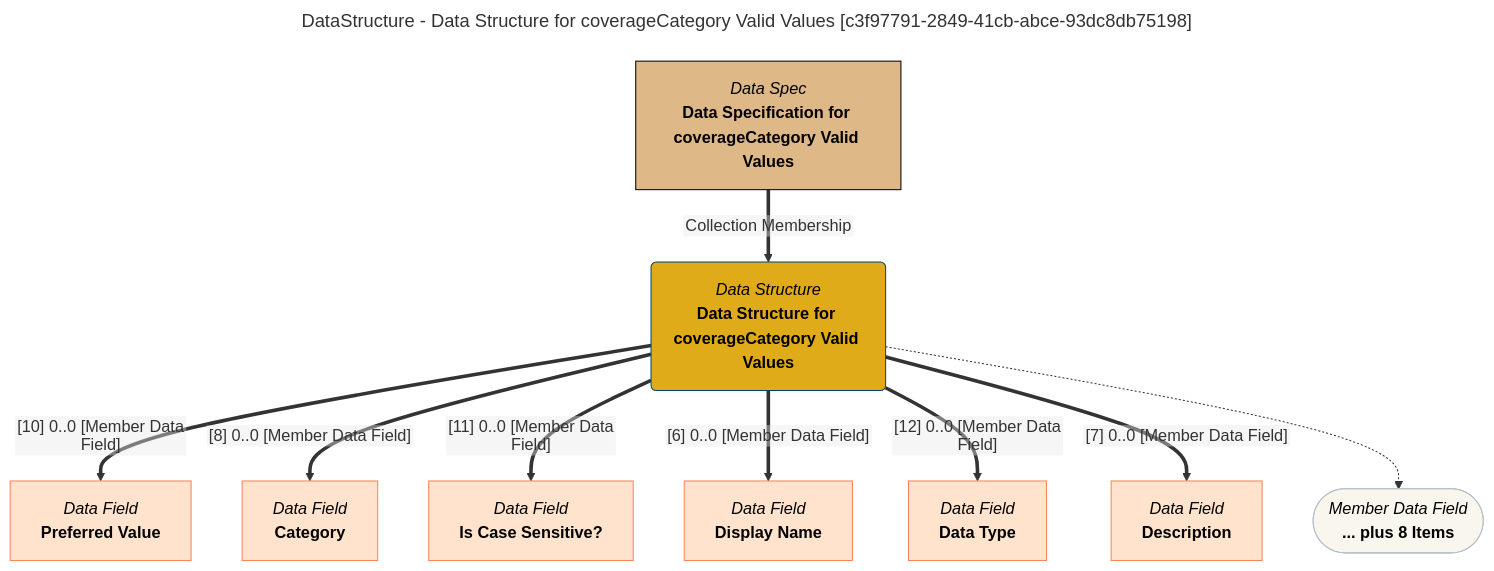
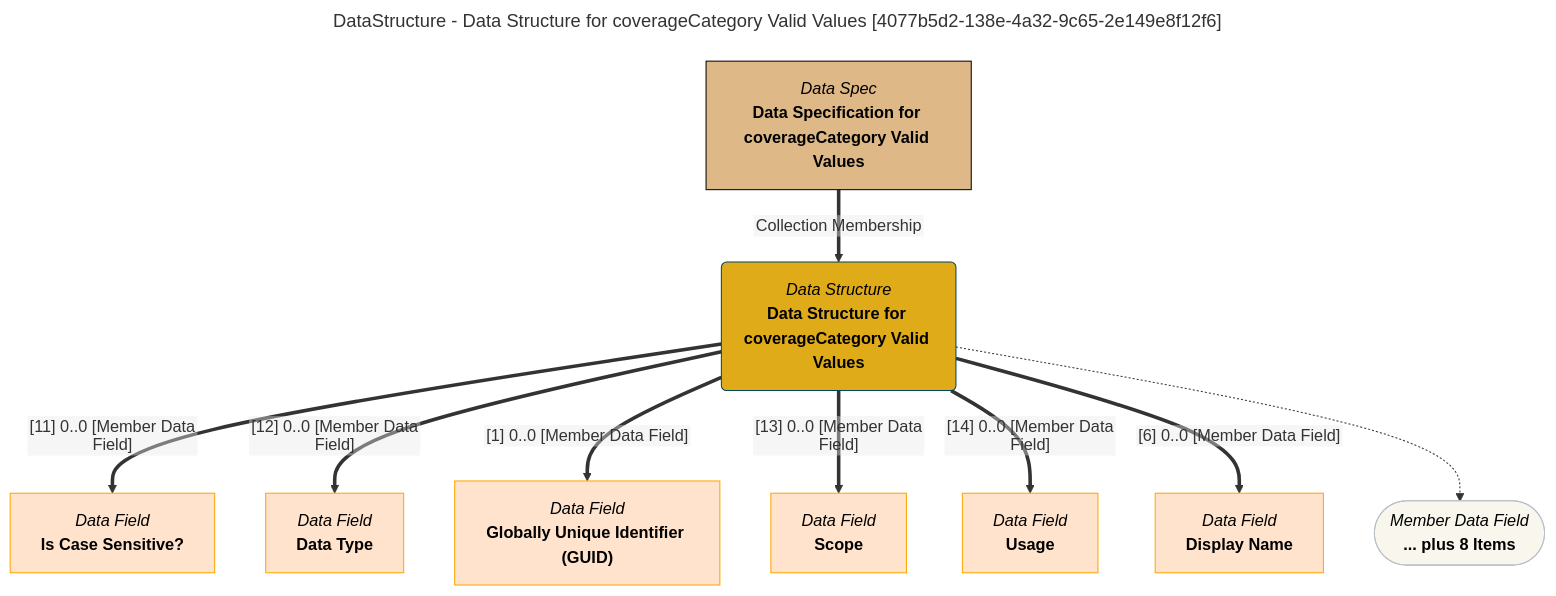
Before and after one commit to odpi/egeria-docs: the diagram in site/snippets/data-structures/data-structure-for-coveragecategory-valid-values-mermaid-graph.md, drawn with Mermaid. The commit also changed 2201 other files, not shown here.

````diff
--- a/site/snippets/data-structures/data-structure-for-coveragecategory-valid-values-mermaid-graph.md
+++ b/site/snippets/data-structures/data-structure-for-coveragecategory-valid-values-mermaid-graph.md
@@ -1,43 +1,43 @@
 ```mermaid
 ---
-title: DataStructure - Data Structure for coverageCategory Valid Values [c3f97791-2849-41cb-abce-93dc8db75198]
+title: DataStructure - Data Structure for coverageCategory Valid Values [4077b5d2-138e-4a32-9c65-2e149e8f12f6]
 ---
 flowchart TD
 %%{init: {"flowchart": {"htmlLabels": false}} }%%
 
 1@{ shape: rounded, label: "*Data Structure*
 **Data Structure for coverageCategory Valid Values**"}
 2@{ shape: rect, label: "*Data Spec*
 **Data Specification for coverageCategory Valid Values**"}
 2==>|"Collection Membership"|1
 3@{ shape: rect, label: "*Data Field*
-**Preferred Value**"}
-1==>|"[10] 0..0 [Member Data Field]"|3
+**Is Case Sensitive?**"}
+1==>|"[11] 0..0 [Member Data Field]"|3
 4@{ shape: rect, label: "*Data Field*
-**Category**"}
-1==>|"[8] 0..0 [Member Data Field]"|4
+**Data Type**"}
+1==>|"[12] 0..0 [Member Data Field]"|4
 5@{ shape: rect, label: "*Data Field*
-**Is Case Sensitive?**"}
-1==>|"[11] 0..0 [Member Data Field]"|5
+**Globally Unique Identifier (GUID)**"}
+1==>|"[1] 0..0 [Member Data Field]"|5
 6@{ shape: rect, label: "*Data Field*
+**Scope**"}
+1==>|"[13] 0..0 [Member Data Field]"|6
+7@{ shape: rect, label: "*Data Field*
+**Usage**"}
+1==>|"[14] 0..0 [Member Data Field]"|7
+8@{ shape: rect, label: "*Data Field*
 **Display Name**"}
-1==>|"[6] 0..0 [Member Data Field]"|6
-7@{ shape: rect, label: "*Data Field*
-**Data Type**"}
-1==>|"[12] 0..0 [Member Data Field]"|7
-8@{ shape: rect, label: "*Data Field*
-**Description**"}
-1==>|"[7] 0..0 [Member Data Field]"|8
+1==>|"[6] 0..0 [Member Data Field]"|8
 9@{ shape: stadium, label: "*Member Data Field*
 **... plus 8 Items**"}
 1-.->9
 style 1 color:#000000, fill:#e0ab18, stroke:#004563
-style 2 color:#000000, fill:#deb887, stroke:#000000
-style 3 color:#000000, fill:#ffe3cc, stroke:#f9845b
-style 4 color:#000000, fill:#ffe3cc, stroke:#f9845b
-style 5 color:#000000, fill:#ffe3cc, stroke:#f9845b
-style 6 color:#000000, fill:#ffe3cc, stroke:#f9845b
-style 7 color:#000000, fill:#ffe3cc, stroke:#f9845b
-style 8 color:#000000, fill:#ffe3cc, stroke:#f9845b
+style 2 color:#000000, fill:#DEB887, stroke:#000000
+style 3 color:#000000, fill:#ffe3cc, stroke:#FFA500
+style 4 color:#000000, fill:#ffe3cc, stroke:#FFA500
+style 5 color:#000000, fill:#ffe3cc, stroke:#FFA500
+style 6 color:#000000, fill:#ffe3cc, stroke:#FFA500
+style 7 color:#000000, fill:#ffe3cc, stroke:#FFA500
+style 8 color:#000000, fill:#ffe3cc, stroke:#FFA500
 style 9 color:#000000, fill:#F9F7ED, stroke:#b7c0c7
 ```
````
